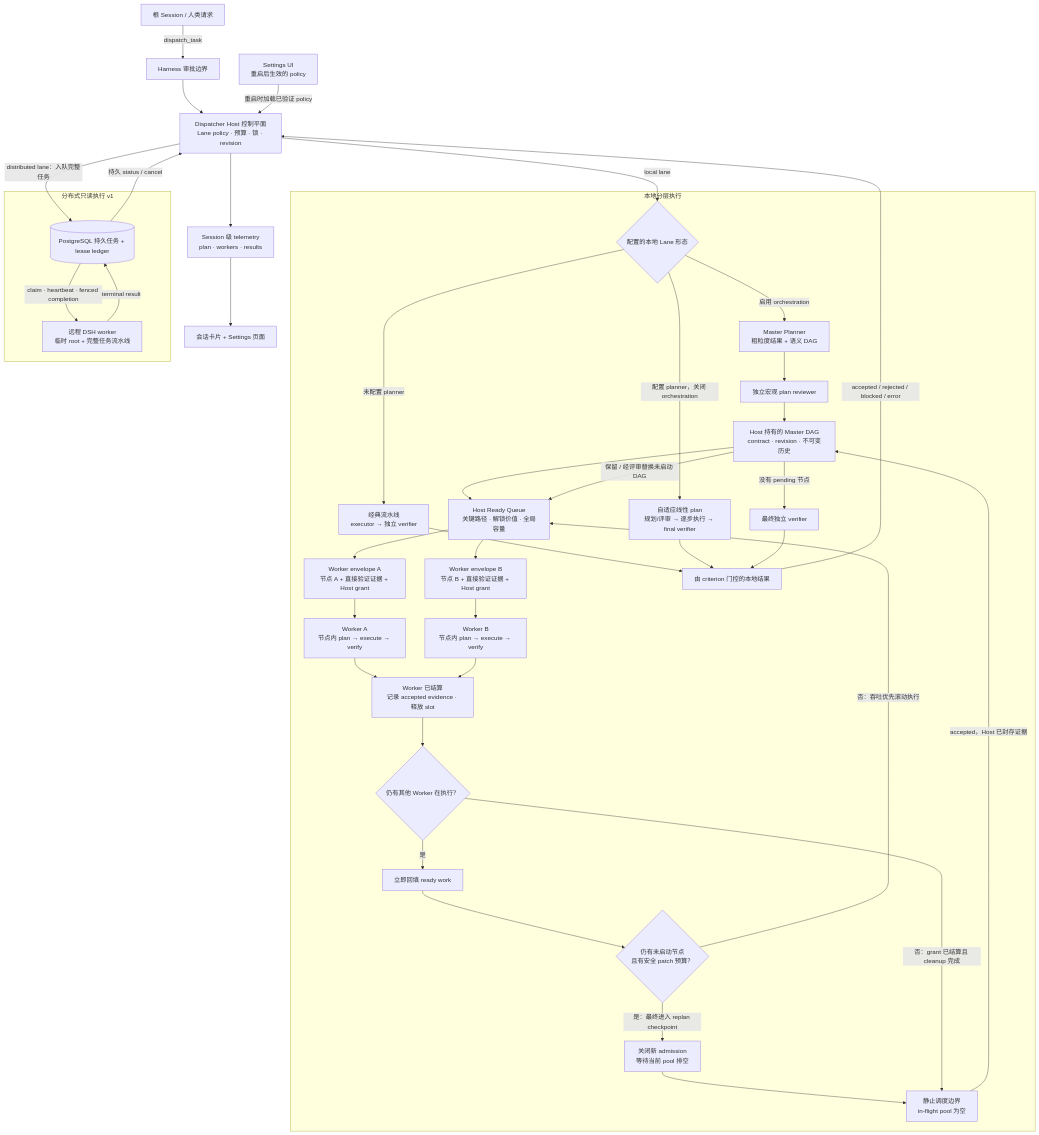
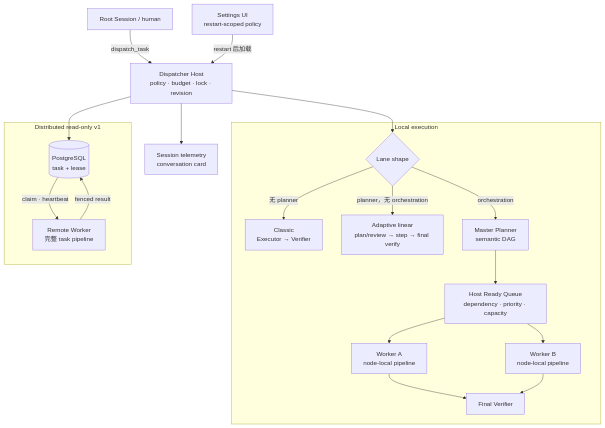
Before and after one commit to c4pt0r/dsh-task-dispatcher: the diagram in README.zh-CN.md, drawn with Mermaid. The commit also changed other lines of this file and 16 other files, not shown here.

````diff
--- a/README.zh-CN.md
+++ b/README.zh-CN.md
@@ -73,63 +76,38 @@
 ```mermaid
 flowchart TB
-  User["根 Session / 人类请求"]
-  Approval["Harness 审批边界"]
-  Settings["Settings UI<br/>重启后生效的 policy"]
-  Host["Dispatcher Host 控制平面<br/>Lane policy · 预算 · 锁 · revision"]
-  Telemetry["Session 级 telemetry<br/>plan · workers · results"]
-  Web["会话卡片 + Settings 页面"]
+  User["Root Session / human"]
+  Settings["Settings UI<br/>restart-scoped policy"]
+  Host["Dispatcher Host<br/>policy · budget · lock · revision"]
+  View["Session telemetry<br/>conversation card"]
 
-  User -->|"dispatch_task"| Approval --> Host
-  Settings -->|"重启时加载已验证 policy"| Host
-  Host --> Telemetry --> Web
+  User -->|"dispatch_task"| Host
+  Settings -->|"restart 后加载"| Host
+  Host --> View
 
-  subgraph Local["本地分层执行"]
-    LocalShape{"配置的本地 Lane 形态"}
-    Classic["经典流水线<br/>executor → 独立 verifier"]
-    Adaptive["自适应线性 plan<br/>规划/评审 → 逐步执行 → final verifier"]
-    Master["Master Planner<br/>粗粒度结果 + 语义 DAG"]
-    PlanReview["独立宏观 plan reviewer"]
-    Plan["Host 持有的 Master DAG<br/>contract · revision · 不可变历史"]
-    Scheduler["Host Ready Queue<br/>关键路径 · 解锁价值 · 全局容量"]
-    GrantA["Worker envelope A<br/>节点 A + 直接验证证据 + Host grant"]
-    GrantB["Worker envelope B<br/>节点 B + 直接验证证据 + Host grant"]
-    ChildA["Worker A<br/>节点内 plan → execute → verify"]
-    ChildB["Worker B<br/>节点内 plan → execute → verify"]
-    Settled["Worker 已结算<br/>记录 accepted evidence · 释放 slot"]
-    InFlight{"仍有其他 Worker 在执行？"}
-    Backfill["立即回填 ready work"]
-    Checkpoint{"仍有未启动节点<br/>且有安全 patch 预算？"}
-    Drain["关闭新 admission<br/>等待当前 pool 排空"]
-    Barrier["静止调度边界<br/>in-flight pool 为空"]
-    Final["最终独立 verifier"]
-    LocalResult["由 criterion 门控的本地结果"]
+  subgraph Local["Local execution"]
+    Shape{"Lane shape"}
+    Classic["Classic<br/>Executor → Verifier"]
+    Linear["Adaptive linear<br/>plan/review → step → final verify"]
+    Master["Master Planner<br/>semantic DAG"]
+    Queue["Host Ready Queue<br/>dependency · priority · capacity"]
+    WA["Worker A<br/>node-local pipeline"]
+    WB["Worker B<br/>node-local pipeline"]
+    Final["Final Verifier"]
 
-    LocalShape -->|"未配置 planner"| Classic --> LocalResult
-    LocalShape -->|"配置 planner，关闭 orchestration"| Adaptive --> LocalResult
-    LocalShape -->|"启用 orchestration"| Master
-    Master --> PlanReview --> Plan
-    Plan --> Scheduler
-    Scheduler --> GrantA --> ChildA --> Settled
-    Scheduler --> GrantB --> ChildB --> Settled
-    Settled --> InFlight
-    InFlight -->|"是"| Backfill --> Checkpoint
-    Checkpoint -->|"否：吞吐优先滚动执行"| Scheduler
-    Checkpoint -->|"是：最终进入 replan checkpoint"| Drain --> Barrier
-    InFlight -->|"否：grant 已结算且 cleanup 完成"| Barrier
-    Barrier -->|"accepted，Host 已封存证据"| Plan
-    Plan -->|"保留 / 经评审替换未启动 DAG"| Scheduler
-    Plan -->|"没有 pending 节点"| Final --> LocalResult
+    Shape -->|"无 planner"| Classic
+    Shape -->|"planner，无 orchestration"| Linear
+    Shape -->|"orchestration"| Master --> Queue
+    Queue --> WA --> Final
+    Queue --> WB --> Final
   end
 
-  subgraph Distributed["分布式只读执行 v1"]
-    Store[("PostgreSQL 持久任务 + lease ledger")]
-    Worker["远程 DSH worker<br/>临时 root + 完整任务流水线"]
-    Store -->|"claim · heartbeat · fenced completion"| Worker
-    Worker -->|"terminal result"| Store
+  subgraph Distributed["Distributed read-only v1"]
+    DB[("PostgreSQL<br/>task + lease")]
+    Remote["Remote Worker<br/>完整 task pipeline"]
+    DB -->|"claim · heartbeat"| Remote
+    Remote -->|"fenced result"| DB
   end
 
-  Host -->|"local lane"| LocalShape
-  Host -->|"distributed lane：入队完整任务"| Store
-  LocalResult -->|"accepted / rejected / blocked / error"| Host
-  Store -->|"持久 status / cancel"| Host
+  Host --> Shape
+  Host --> DB
 ```
````
